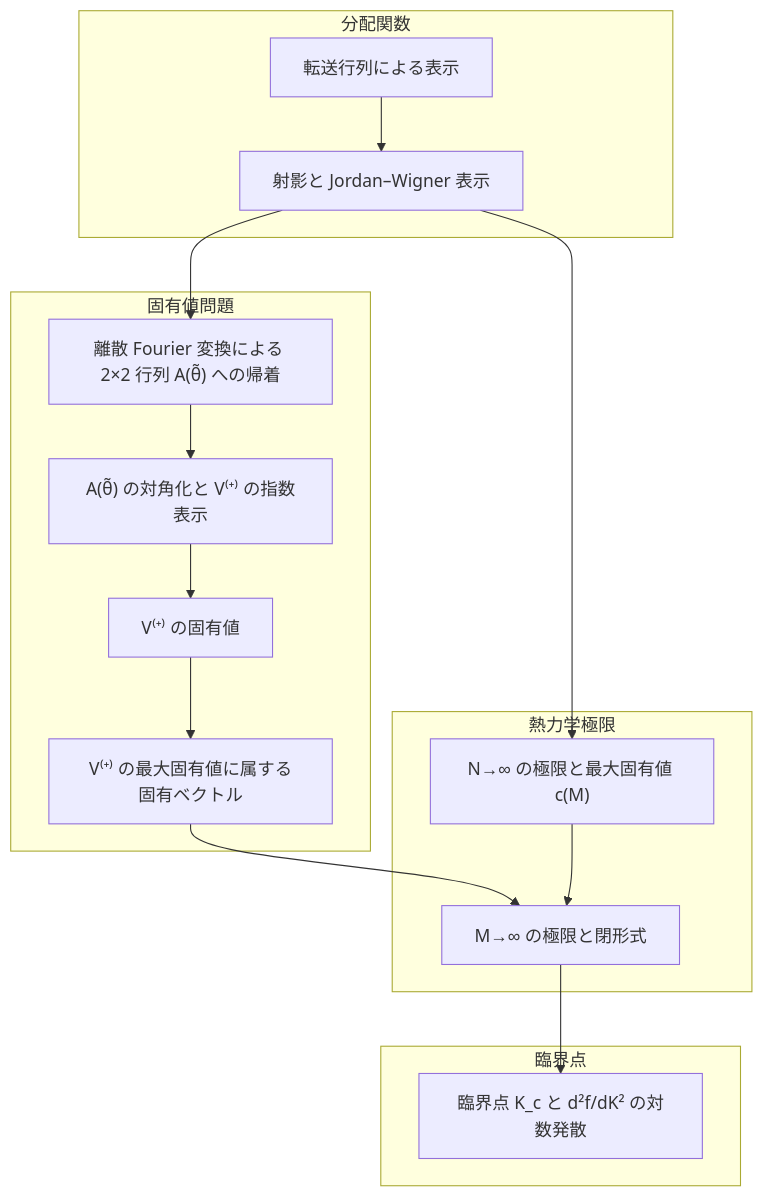
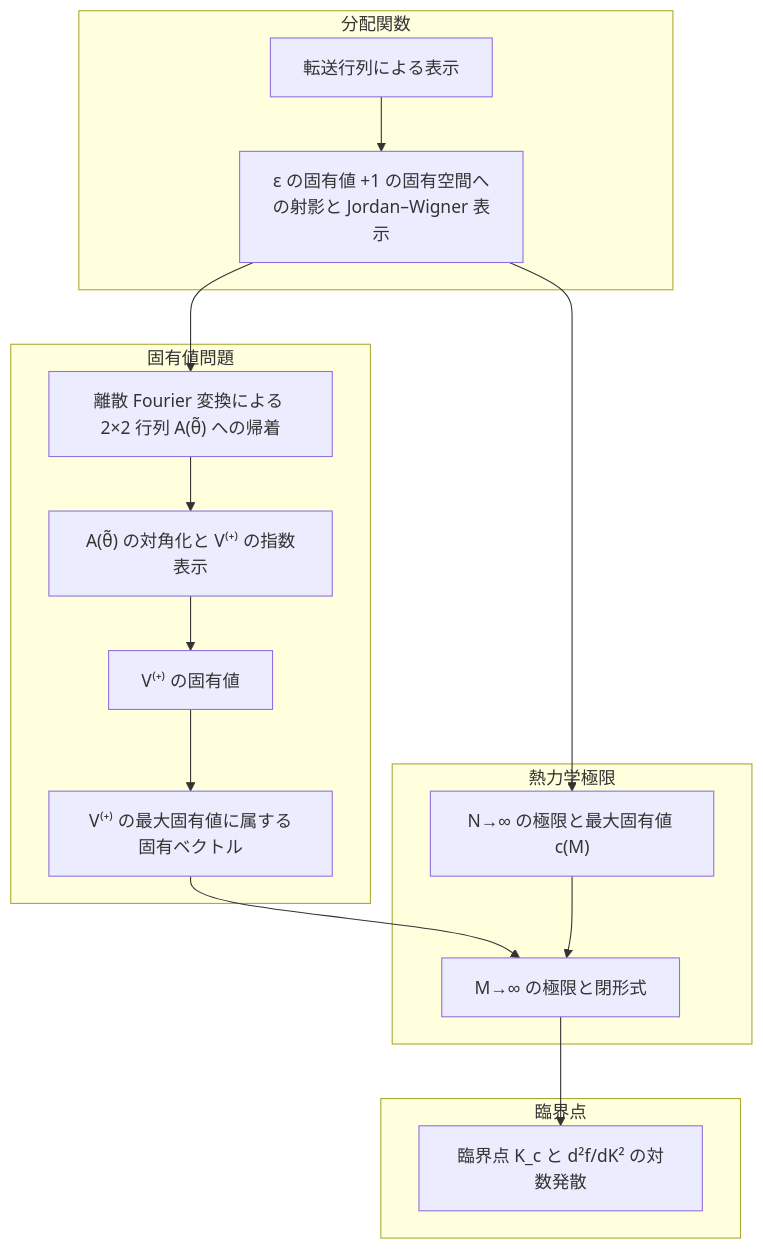
The diagram in exact-solution-of-2d-ising-model/docs/tasks/six-chapter-organization-proposal.md (masaori/math), drawn with Mermaid before and after one commit. The commit also changed other lines of this file and 7 other files, not shown here.

````diff
--- a/exact-solution-of-2d-ising-model/docs/tasks/six-chapter-organization-proposal.md
+++ b/exact-solution-of-2d-ising-model/docs/tasks/six-chapter-organization-proposal.md
@@ -203,30 +203,30 @@
 ```mermaid
 flowchart TD
   subgraph partition["分配関数"]
     trace["転送行列による表示"]
-    proj["射影と Jordan–Wigner 表示"]
+    proj["ε の固有値 +1 の固有空間への射影と Jordan–Wigner 表示"]
   end
   subgraph eigenproblem["固有値問題"]
     fourier["離散 Fourier 変換による 2×2 行列 A(θ̃) への帰着"]
     diag["A(θ̃) の対角化と V⁽⁺⁾ の指数表示"]
     eig["V⁽⁺⁾ の固有値"]
     maxvec["V⁽⁺⁾ の最大固有値に属する固有ベクトル"]
   end
   subgraph limits["熱力学極限"]
     rowlim["N→∞ の極限と最大固有値 c(M)"]
     collim["M→∞ の極限と閉形式"]
   end
   subgraph critical["臨界点"]
     crit["臨界点 K_c と d²f/dK² の対数発散"]
   end
 
   trace --> proj
   proj --> fourier
   fourier --> diag
   diag --> eig
   eig --> maxvec
   maxvec --> collim
   proj --> rowlim
   rowlim --> collim
   collim --> crit
 ```
````
